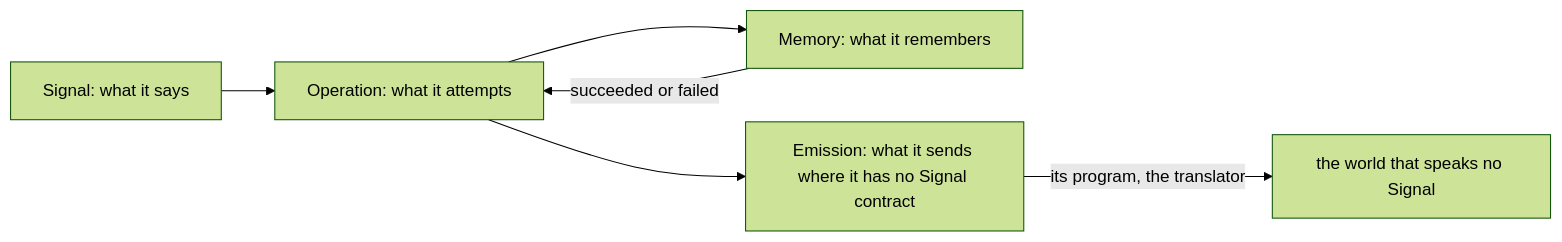
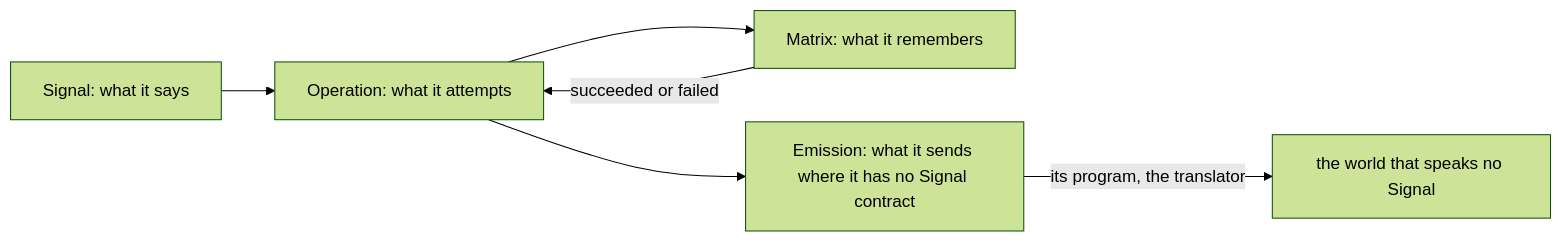
The first of 13 diagrams in vision/nexus/1.md (LiGoldragon/psyche-belief), drawn with Mermaid (forest theme) before and after one commit. The commit also changed other lines of this file and 17 other files, not shown here.

Commit message:
Rename Flow Nexus version 1 to the Loom, Memory to Matrix, on his word

````diff
--- a/vision/nexus/1.md
+++ b/vision/nexus/1.md
@@ -10,8 +10,8 @@
 ```mermaid
 flowchart LR
     s["Signal: what it says"] --> o["Operation: what it attempts"]
-    o --> m["Memory: what it remembers"]
+    o --> m["Matrix: what it remembers"]
     m -- "succeeded or failed" --> o
     o --> e["Emission: what it sends where it has no Signal contract"]
     e -- "its program, the translator" --> w["the world that speaks no Signal"]
 ```
````
